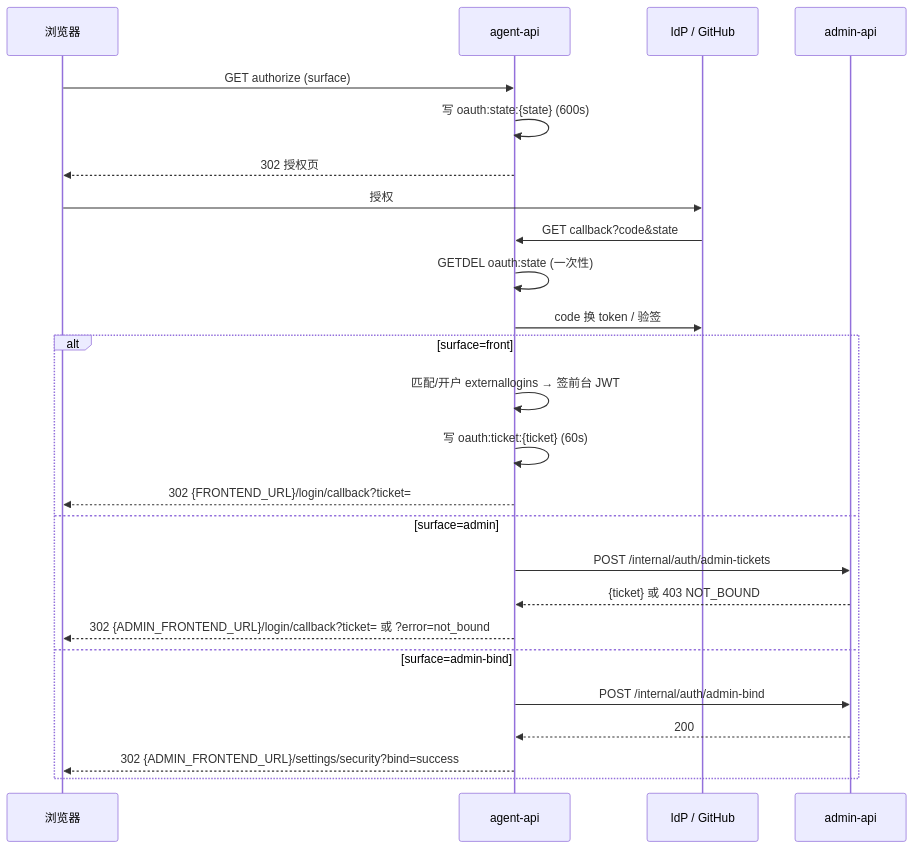
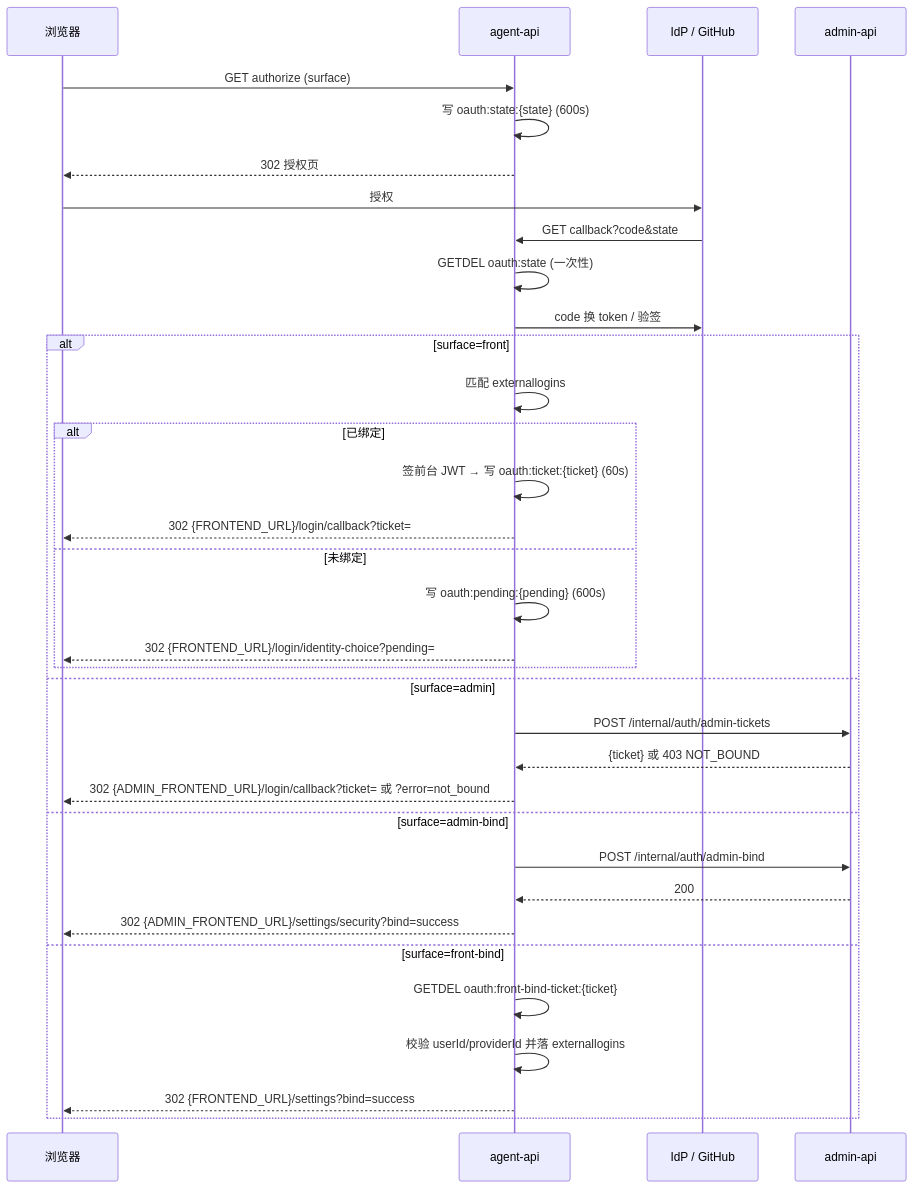
The diagram in contracts/auth-oauth.md (Deliay/z-agent-gear), drawn with Mermaid before and after one commit. The commit also changed other lines of this file and 22 other files, not shown here.

````diff
--- a/contracts/auth-oauth.md
+++ b/contracts/auth-oauth.md
@@ -33,27 +40,36 @@
 ```mermaid
 sequenceDiagram
     participant U as 浏览器
     participant A as agent-api
     participant P as IdP / GitHub
     participant AD as admin-api
     U->>A: GET authorize (surface)
     A->>A: 写 oauth:state:{state} (600s)
     A-->>U: 302 授权页
     U->>P: 授权
     P->>A: GET callback?code&state
     A->>A: GETDEL oauth:state (一次性)
     A->>P: code 换 token / 验签
     alt surface=front
-        A->>A: 匹配/开户 externallogins → 签前台 JWT
-        A->>A: 写 oauth:ticket:{ticket} (60s)
-        A-->>U: 302 {FRONTEND_URL}/login/callback?ticket=
+        A->>A: 匹配 externallogins
+        alt 已绑定
+            A->>A: 签前台 JWT → 写 oauth:ticket:{ticket} (60s)
+            A-->>U: 302 {FRONTEND_URL}/login/callback?ticket=
+        else 未绑定
+            A->>A: 写 oauth:pending:{pending} (600s)
+            A-->>U: 302 {FRONTEND_URL}/login/identity-choice?pending=
+        end
     else surface=admin
         A->>AD: POST /internal/auth/admin-tickets
         AD-->>A: {ticket} 或 403 NOT_BOUND
         A-->>U: 302 {ADMIN_FRONTEND_URL}/login/callback?ticket= 或 ?error=not_bound
     else surface=admin-bind
         A->>AD: POST /internal/auth/admin-bind
         AD-->>A: 200
         A-->>U: 302 {ADMIN_FRONTEND_URL}/settings/security?bind=success
+    else surface=front-bind
+        A->>A: GETDEL oauth:front-bind-ticket:{ticket}
+        A->>A: 校验 userId/providerId 并落 externallogins
+        A-->>U: 302 {FRONTEND_URL}/settings?bind=success
     end
 ```
````
